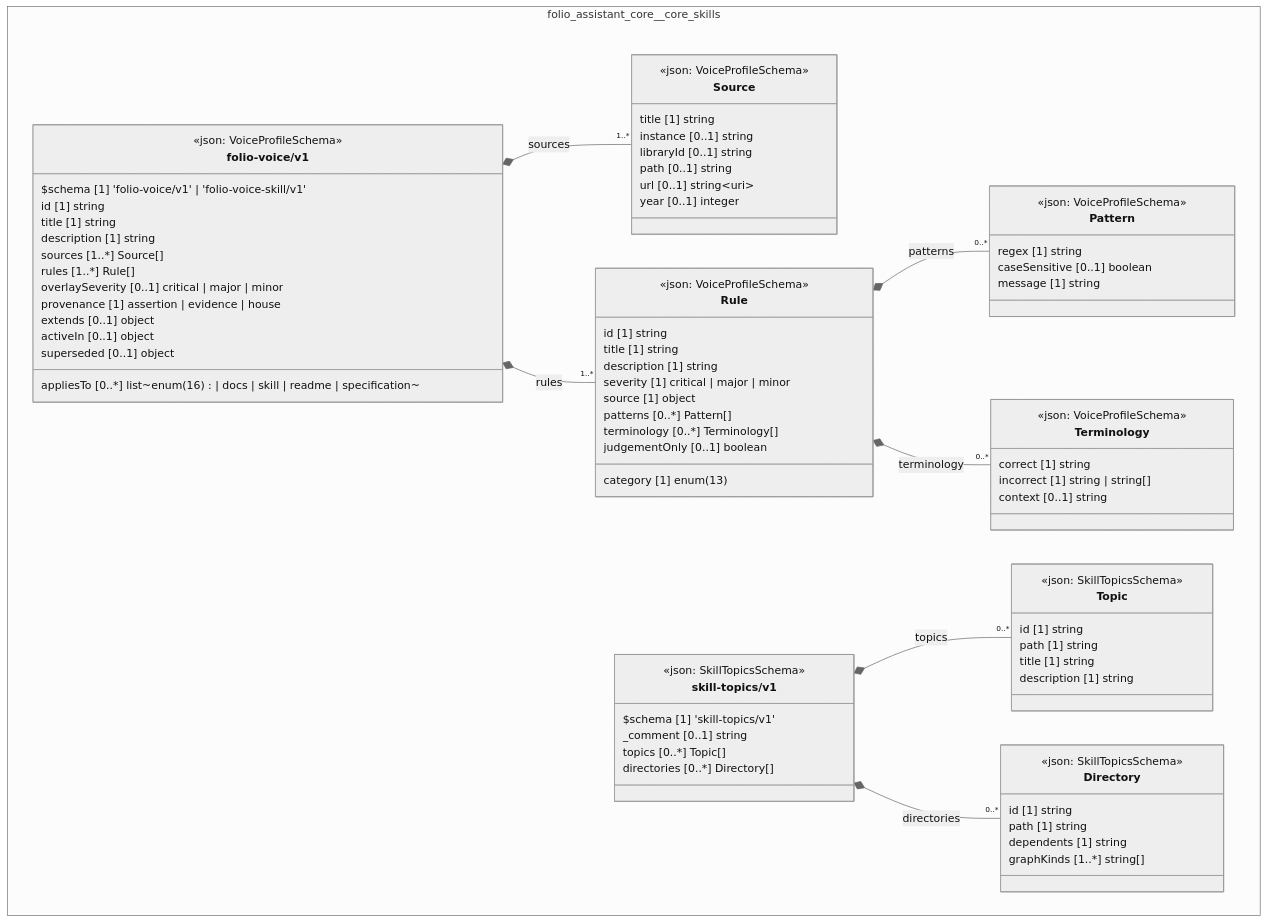
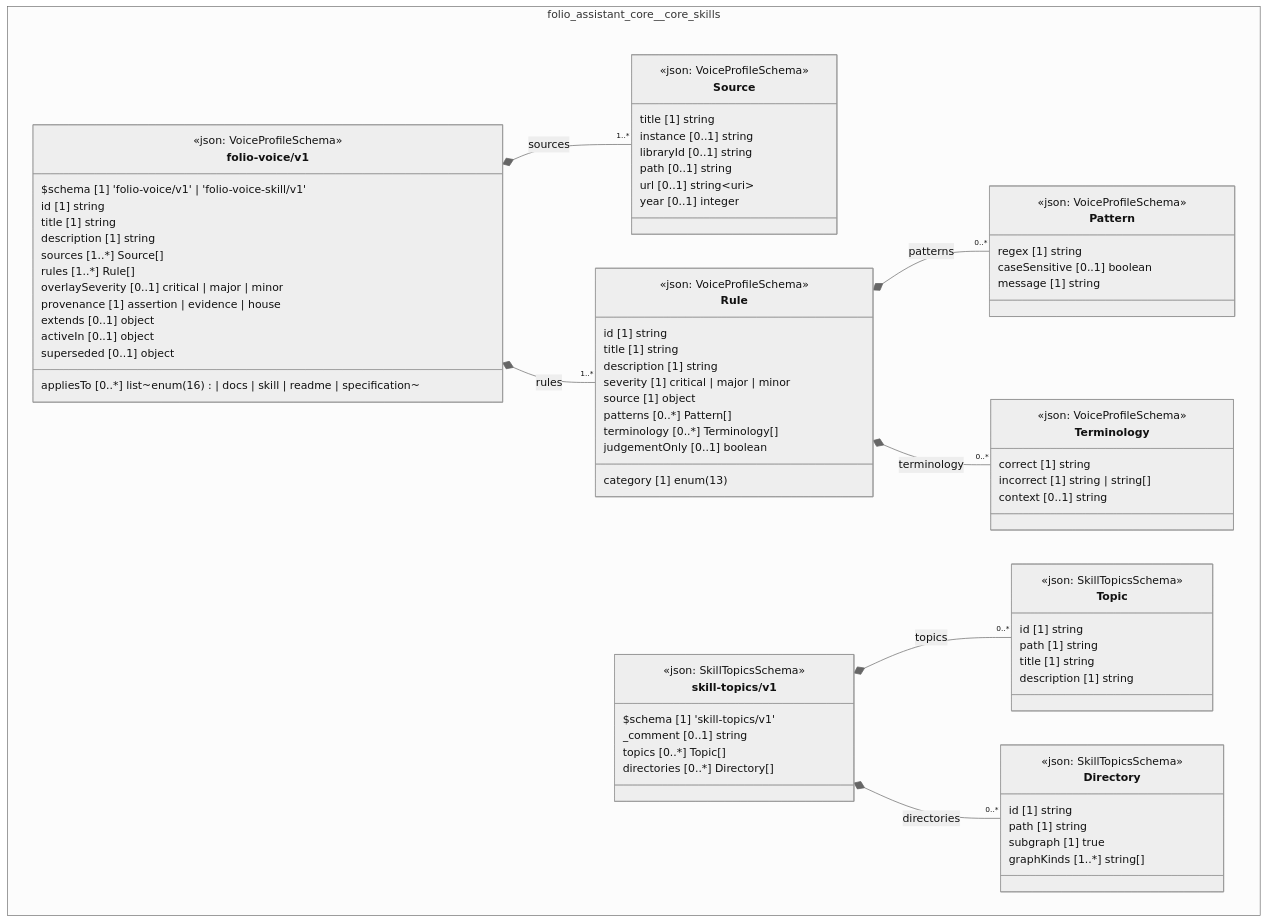
The diagram in cat-harness/docs/uml/overview/folio-assistant-core/core-skills.md (litlfred/folio-assistant), drawn with Mermaid (neutral theme) before and after one commit. The commit also changed 103 other files, not shown here.

```diff
--- a/cat-harness/docs/uml/overview/folio-assistant-core/core-skills.md
+++ b/cat-harness/docs/uml/overview/folio-assistant-core/core-skills.md
@@ -102,7 +102,7 @@
       <<json: SkillTopicsSchema>>
       id [1] string
       path [1] string
-      dependents [1] string
+      subgraph [1] true
       graphKinds [1..*] string[]
     }
     class folio_assistant_core_core_skills_skill_topics_v1_skill_topics_v1["skill-topics/v1"] {
```
